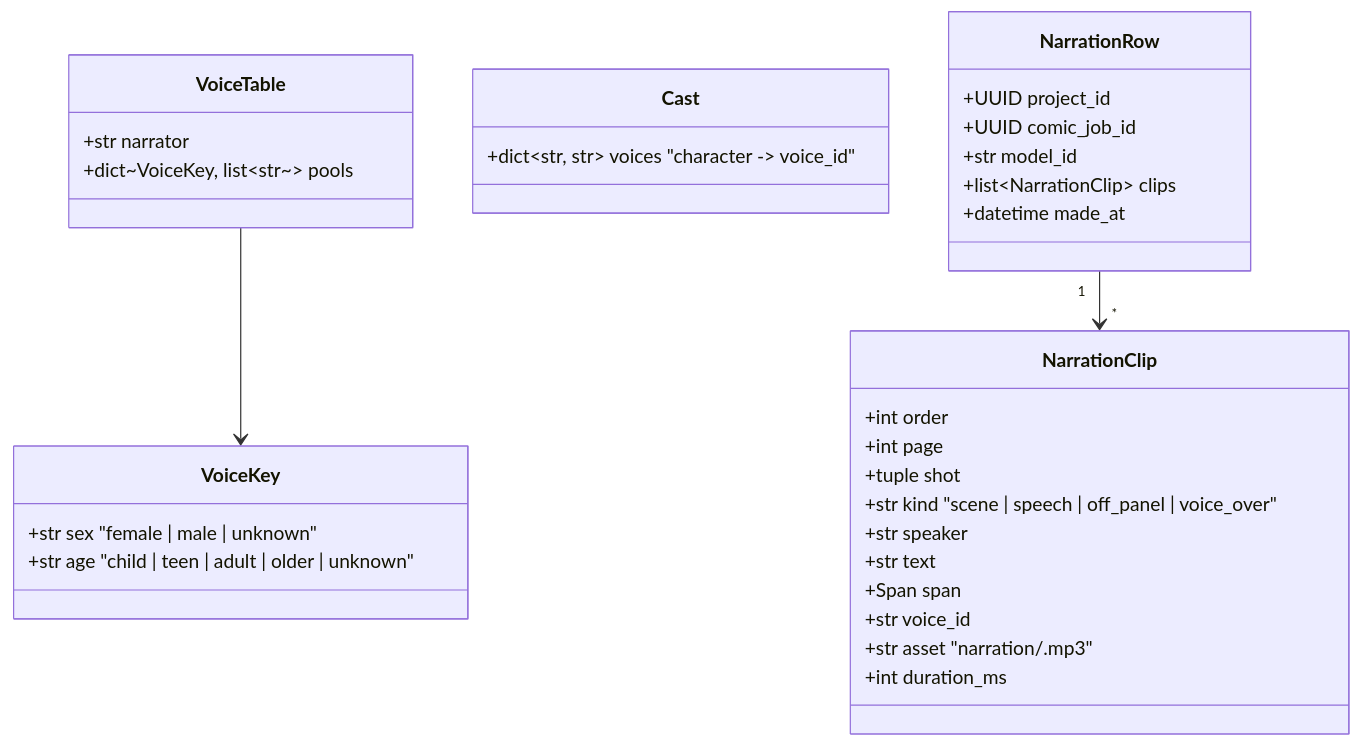
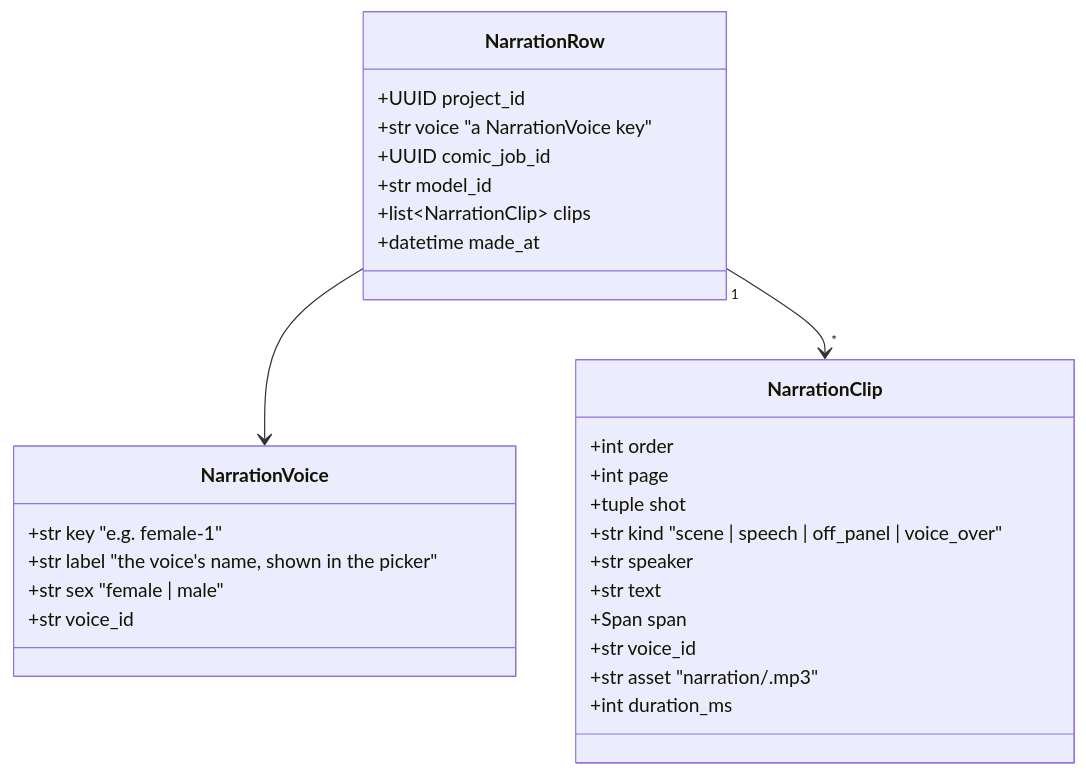
The first of 2 diagrams in docs/design/narration.md (Katlego-tech/Panelwise), drawn with Mermaid before and after one commit. The commit also changed other lines of this file and 3 other files, not shown here.

First line of the commit message:
docs(narration): T113 revised: one voice of four, the reader's choice; brought up to main (T117–T122); Tumo's ElevenLabs key (Katlego)

````diff
--- a/docs/design/narration.md
+++ b/docs/design/narration.md
@@ -49,35 +67,31 @@
 ```mermaid
 classDiagram
-    class VoiceTable {
-        +str narrator
-        +dict~VoiceKey, list~str~~ pools
-    }
-    class VoiceKey {
-        +str sex  "female | male | unknown"
-        +str age  "child | teen | adult | older | unknown"
-    }
-    class Cast {
-        +dict~str, str~ voices  "character -> voice_id"
+    class NarrationVoice {
+        +str key  "e.g. female-1"
+        +str label  "the voice's name, shown in the picker"
+        +str sex  "female | male"
+        +str voice_id
     }
     class NarrationClip {
         +int order
         +int page
         +tuple shot
         +str kind  "scene | speech | off_panel | voice_over"
         +str speaker
         +str text
         +Span span
         +str voice_id
         +str asset  "narration/<sha256>.mp3"
         +int duration_ms
     }
     class NarrationRow {
         +UUID project_id
+        +str voice  "a NarrationVoice key"
         +UUID comic_job_id
         +str model_id
         +list~NarrationClip~ clips
         +datetime made_at
     }
-    VoiceTable --> VoiceKey
+    NarrationRow --> NarrationVoice
     NarrationRow "1" --> "*" NarrationClip
 ```
````
